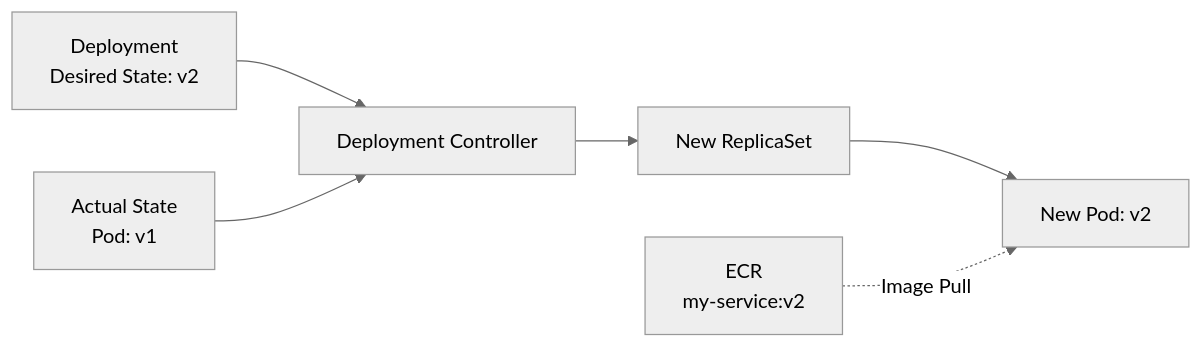
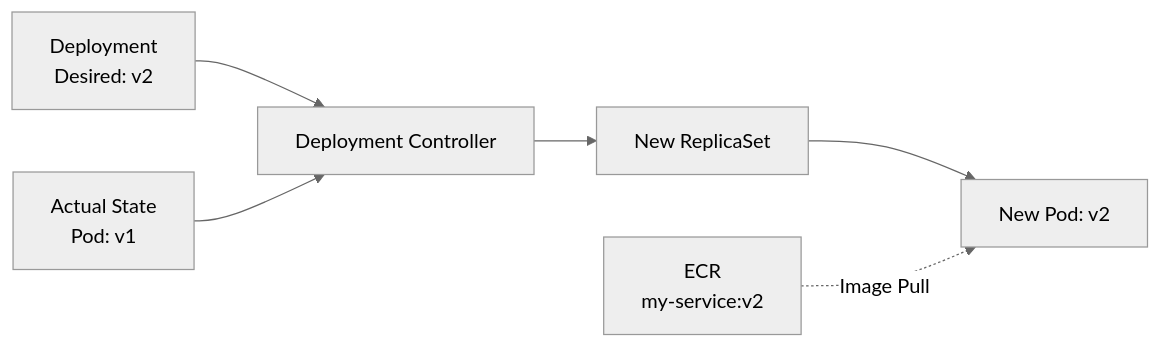
The fifth of 7 diagrams in _posts/2026-08-16-jenkins-eks-deployment-flow.md (jw3418/jw3418.github.io), drawn with Mermaid (neutral theme) before and after one commit. The commit also changed other lines of this file, not shown here.

First line of the commit message:
Update Jenkins EKS deployment flow explanation

````diff
--- a/_posts/2026-08-16-jenkins-eks-deployment-flow.md
+++ b/_posts/2026-08-16-jenkins-eks-deployment-flow.md
@@ -253,9 +145,7 @@
 ```mermaid
 flowchart LR
-    D["Deployment<br/>Desired State: v2"] --> C["Deployment Controller"]
+    D["Deployment<br/>Desired: v2"] --> C["Deployment Controller"]
     A["Actual State<br/>Pod: v1"] --> C
-
-    C --> R["New ReplicaSet"]
-    R --> P["New Pod: v2"]
+    C --> R["New ReplicaSet"] --> P["New Pod: v2"]
     E["ECR<br/>my-service:v2"] -. "Image Pull" .-> P
 ```
````
